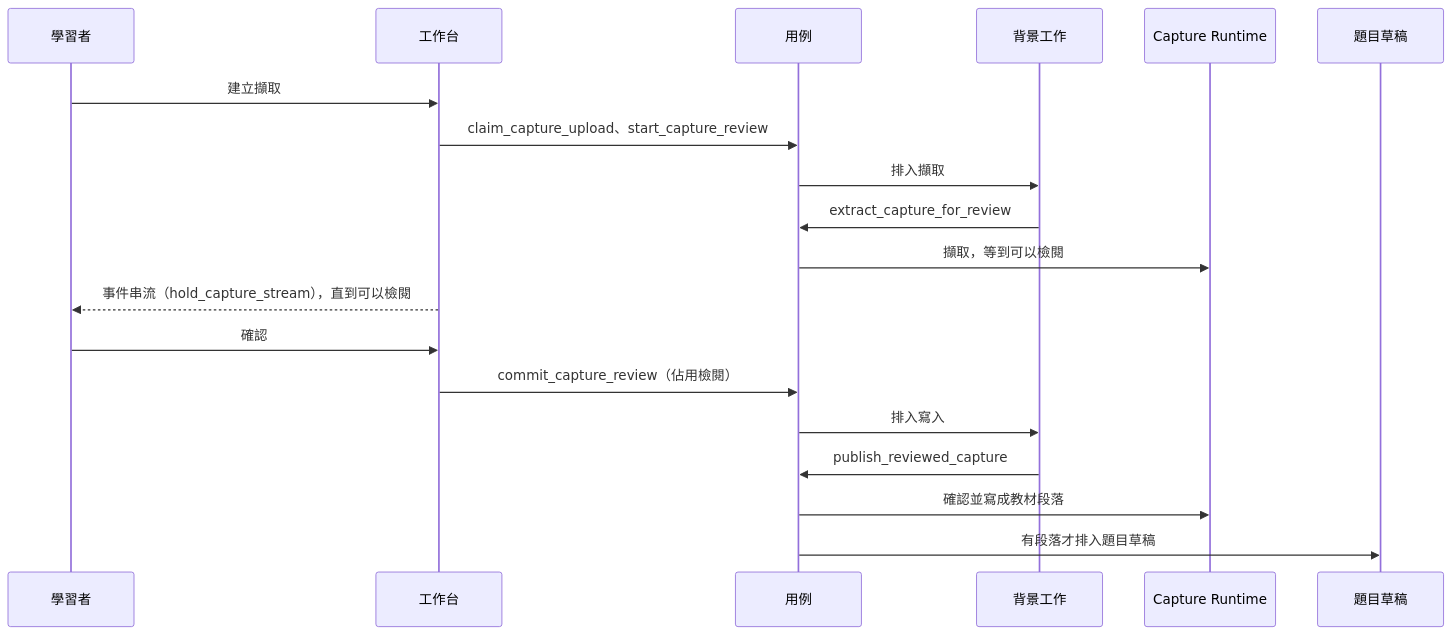
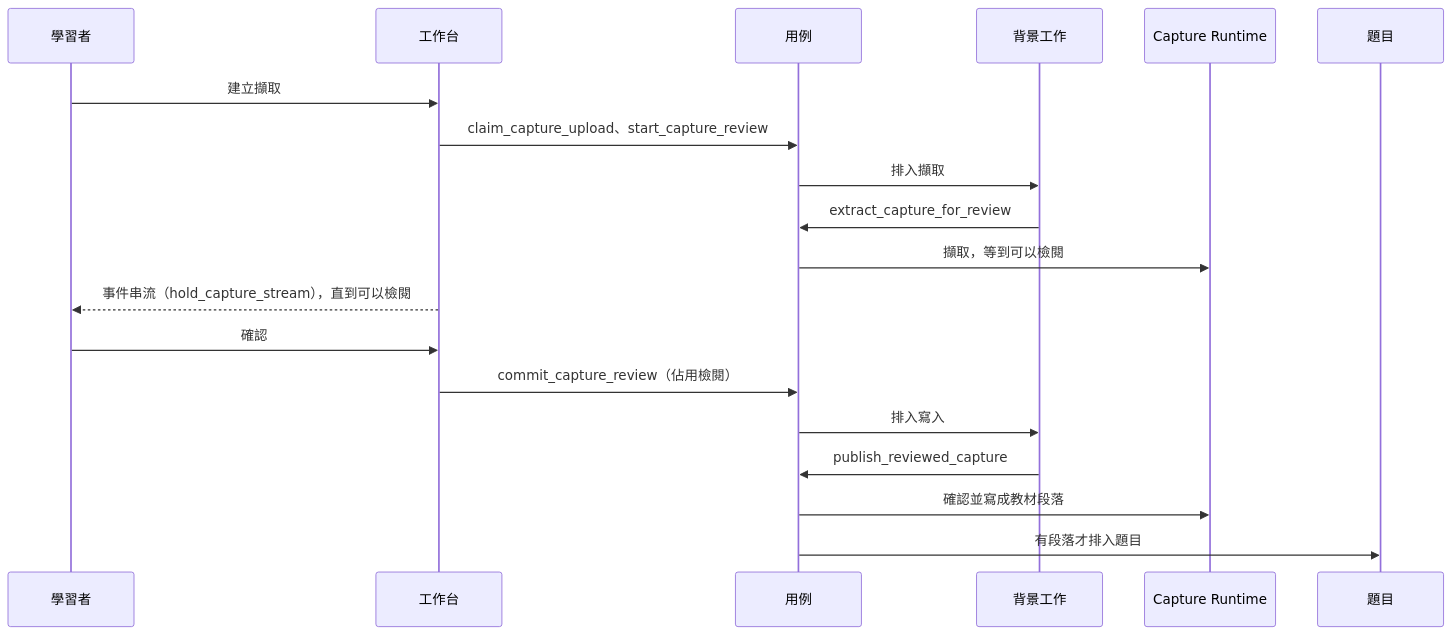
Before and after one commit to WodenWang820118/cert-prep: the third of 3 diagrams in docs/domain/capture_integration.md, drawn with Mermaid. The commit also changed other lines of this file and 311 other files, not shown here.

````diff
--- a/docs/domain/capture_integration.md
+++ b/docs/domain/capture_integration.md
@@ -172,21 +172,21 @@
 ```mermaid
 sequenceDiagram
   participant Learner as 學習者
   participant Router as 工作台
   participant Cases as 用例
   participant Worker as 背景工作
   participant Runtime as Capture Runtime
-  participant Drafts as 題目草稿
+  participant Questions as 題目
   Learner->>Router: 建立擷取
   Router->>Cases: claim_capture_upload、start_capture_review
   Cases->>Worker: 排入擷取
   Worker->>Cases: extract_capture_for_review
   Cases->>Runtime: 擷取，等到可以檢閱
   Router-->>Learner: 事件串流（hold_capture_stream），直到可以檢閱
   Learner->>Router: 確認
   Router->>Cases: commit_capture_review（佔用檢閱）
   Cases->>Worker: 排入寫入
   Worker->>Cases: publish_reviewed_capture
   Cases->>Runtime: 確認並寫成教材段落
-  Cases->>Drafts: 有段落才排入題目草稿
+  Cases->>Questions: 有段落才排入題目
 ```
````
